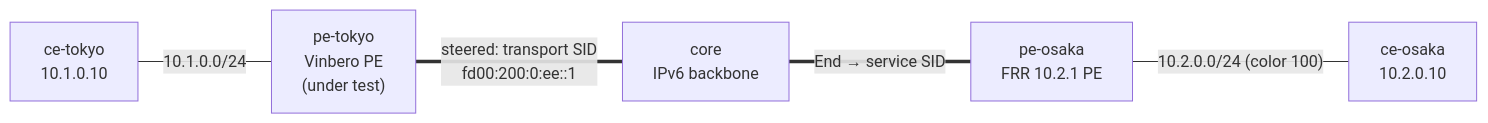
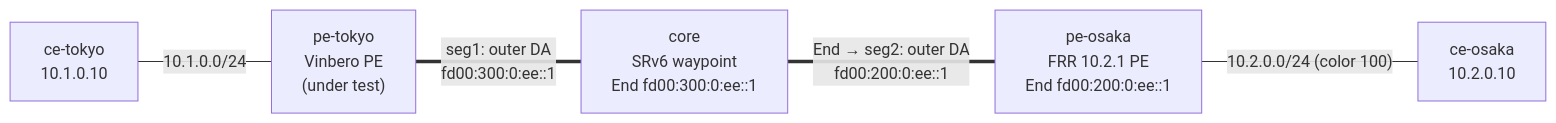
The diagram in examples/interop-clab/scenarios/sr-policy-2site/README.md (takehaya/Vinbero), drawn with Mermaid before and after one commit. The commit also changed other lines of this file and 6 other files, not shown here.

````diff
--- a/examples/interop-clab/scenarios/sr-policy-2site/README.md
+++ b/examples/interop-clab/scenarios/sr-policy-2site/README.md
@@ -17,13 +20,13 @@
 ```mermaid
 graph LR
     CE_T["ce-tokyo<br/>10.1.0.10"]
     PE_T["pe-tokyo<br/>Vinbero PE<br/>(under test)"]
-    CORE["core<br/>IPv6 backbone"]
-    PE_O["pe-osaka<br/>FRR 10.2.1 PE"]
+    CORE["core<br/>SRv6 waypoint<br/>End fd00:300:0:ee::1"]
+    PE_O["pe-osaka<br/>FRR 10.2.1 PE<br/>End fd00:200:0:ee::1"]
     CE_O["ce-osaka<br/>10.2.0.10"]
 
     CE_T ---|"10.1.0.0/24"| PE_T
-    PE_T ===|"steered: transport SID<br/>fd00:200:0:ee::1"| CORE
-    CORE ===|"End → service SID"| PE_O
+    PE_T ===|"seg1: outer DA<br/>fd00:300:0:ee::1"| CORE
+    CORE ===|"End → seg2: outer DA<br/>fd00:200:0:ee::1"| PE_O
     PE_O ---|"10.2.0.0/24 (color 100)"| CE_O
 ```
````
